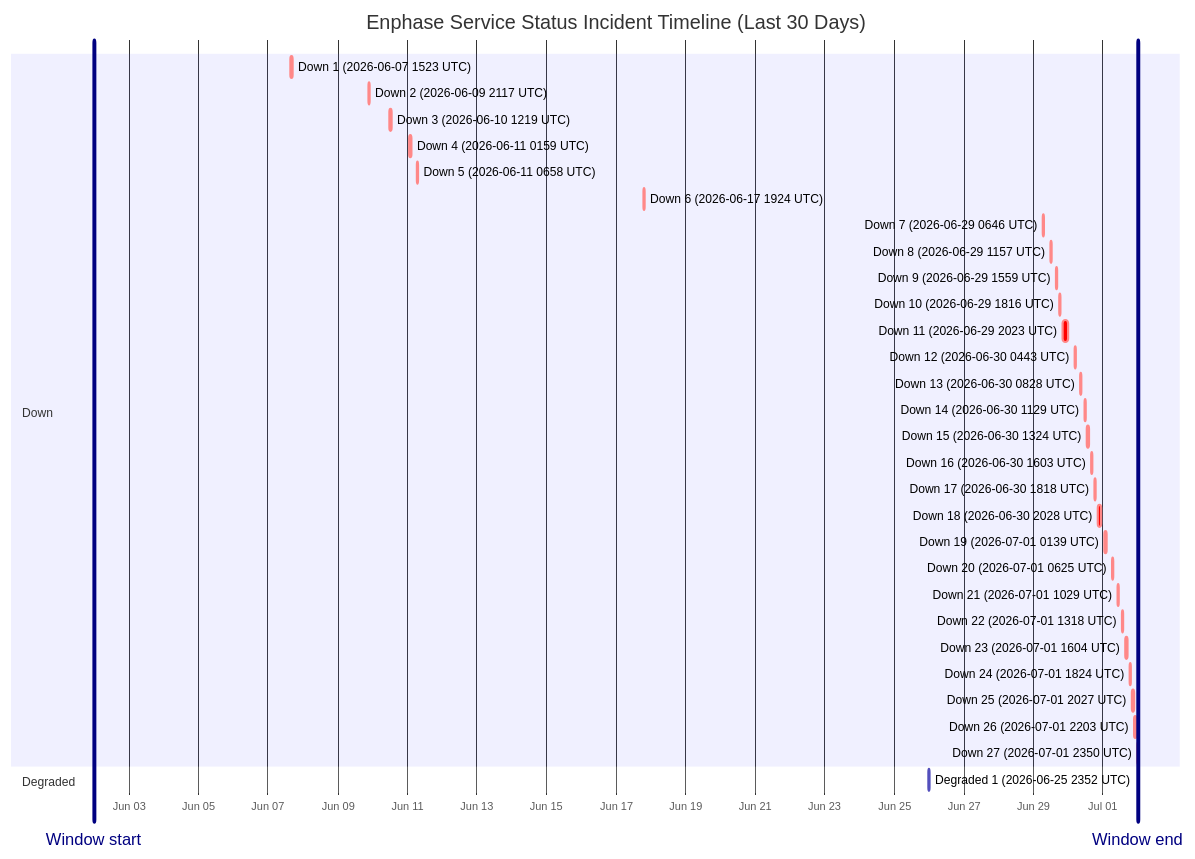
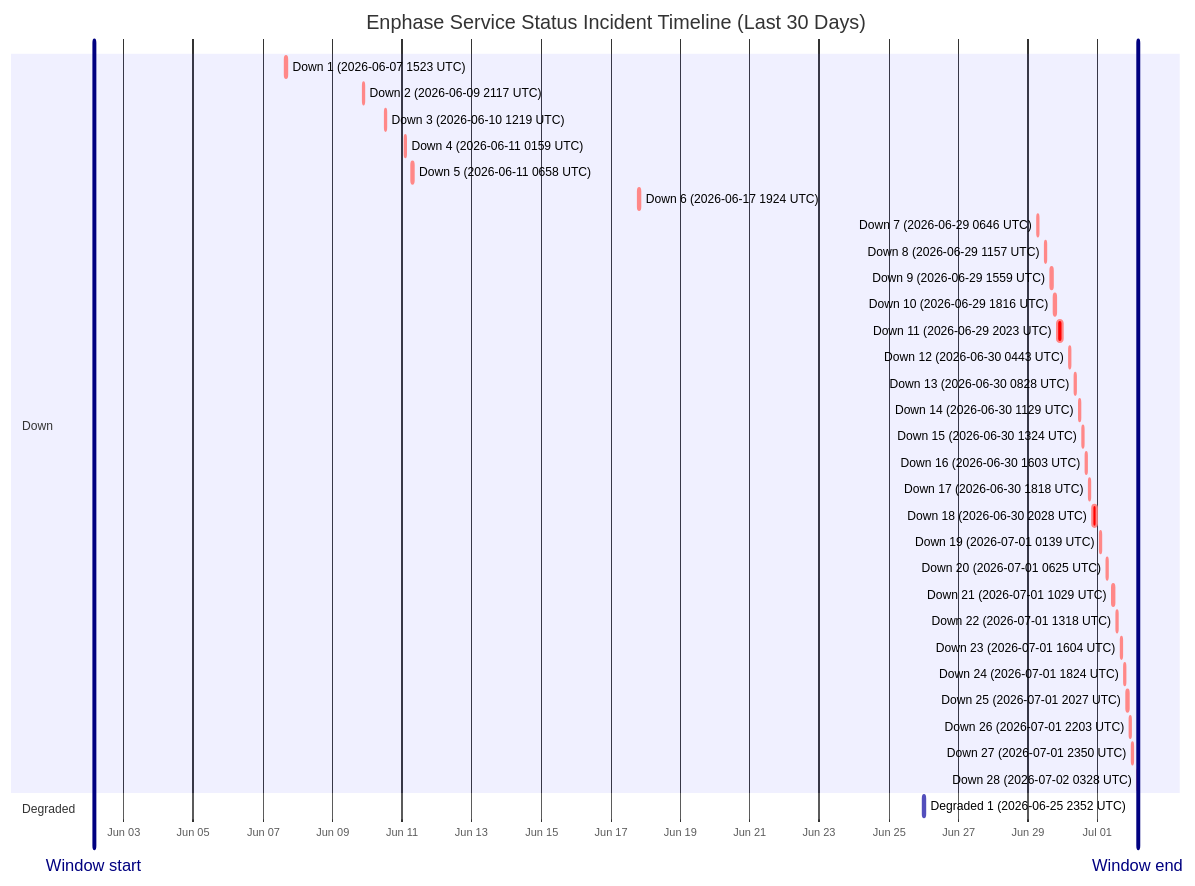
The diagram in wiki/Service-Status-History.md (barneyonline/ha-enphase-energy), drawn with Mermaid before and after one commit. The commit also changed other lines of this file and 3 other files, not shown here.

````diff
--- a/wiki/Service-Status-History.md
+++ b/wiki/Service-Status-History.md
@@ -14,38 +14,39 @@
 ```mermaid
 gantt
     title Enphase Service Status Incident Timeline (Last 30 Days)
     dateFormat  YYYY-MM-DDTHH:mm:ss
     axisFormat  %b %d
-    Window start :vert, window-start, 2026-06-01T23:50:52, 0ms
-    Window end :vert, window-end, 2026-07-01T23:50:52, 0ms
+    Window start :vert, window-start, 2026-06-02T03:28:33, 0ms
+    Window end :vert, window-end, 2026-07-02T03:28:33, 0ms
     section Down
     Down 1 (2026-06-07 1523 UTC) :crit, down-1, 2026-06-07T15:23:22, 87m
     Down 2 (2026-06-09 2117 UTC) :crit, down-2, 2026-06-09T21:17:17, 60m
     Down 3 (2026-06-10 1219 UTC) :crit, down-3, 2026-06-10T12:19:21, 60m
     Down 4 (2026-06-11 0159 UTC) :crit, down-4, 2026-06-11T01:59:36, 60m
     Down 5 (2026-06-11 0658 UTC) :crit, down-5, 2026-06-11T06:58:45, 60m
     Down 6 (2026-06-17 1924 UTC) :crit, down-6, 2026-06-17T19:24:51, 60m
     Down 7 (2026-06-29 0646 UTC) :crit, down-7, 2026-06-29T06:46:18, 60m
     Down 8 (2026-06-29 1157 UTC) :crit, down-8, 2026-06-29T11:57:36, 60m
     Down 9 (2026-06-29 1559 UTC) :crit, down-9, 2026-06-29T15:59:02, 60m
     Down 10 (2026-06-29 1816 UTC) :crit, down-10, 2026-06-29T18:16:38, 60m
     Down 11 (2026-06-29 2023 UTC) :crit, down-11, 2026-06-29T20:23:16, 220m
     Down 12 (2026-06-30 0443 UTC) :crit, down-12, 2026-06-30T04:43:54, 60m
     Down 13 (2026-06-30 0828 UTC) :crit, down-13, 2026-06-30T08:28:43, 60m
     Down 14 (2026-06-30 1129 UTC) :crit, down-14, 2026-06-30T11:29:15, 60m
     Down 15 (2026-06-30 1324 UTC) :crit, down-15, 2026-06-30T13:24:25, 60m
     Down 16 (2026-06-30 1603 UTC) :crit, down-16, 2026-06-30T16:03:26, 60m
     Down 17 (2026-06-30 1818 UTC) :crit, down-17, 2026-06-30T18:18:39, 60m
     Down 18 (2026-06-30 2028 UTC) :crit, down-18, 2026-06-30T20:28:54, 171m
     Down 19 (2026-07-01 0139 UTC) :crit, down-19, 2026-07-01T01:39:18, 60m
     Down 20 (2026-07-01 0625 UTC) :crit, down-20, 2026-07-01T06:25:35, 60m
     Down 21 (2026-07-01 1029 UTC) :crit, down-21, 2026-07-01T10:29:24, 60m
     Down 22 (2026-07-01 1318 UTC) :crit, down-22, 2026-07-01T13:18:31, 60m
     Down 23 (2026-07-01 1604 UTC) :crit, down-23, 2026-07-01T16:04:29, 60m
     Down 24 (2026-07-01 1824 UTC) :crit, down-24, 2026-07-01T18:24:21, 60m
     Down 25 (2026-07-01 2027 UTC) :crit, down-25, 2026-07-01T20:27:17, 60m
     Down 26 (2026-07-01 2203 UTC) :crit, down-26, 2026-07-01T22:03:46, 60m
     Down 27 (2026-07-01 2350 UTC) :crit, down-27, 2026-07-01T23:50:52, 60m
+    Down 28 (2026-07-02 0328 UTC) :crit, down-28, 2026-07-02T03:28:33, 60m
     section Degraded
     Degraded 1 (2026-06-25 2352 UTC) :active, degraded-1, 2026-06-25T23:52:01, 60m
 ```
````
